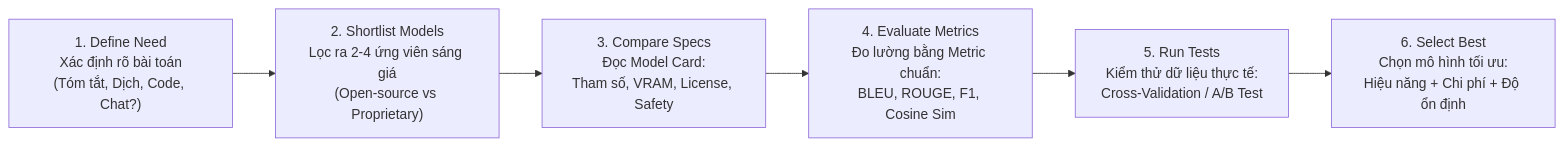
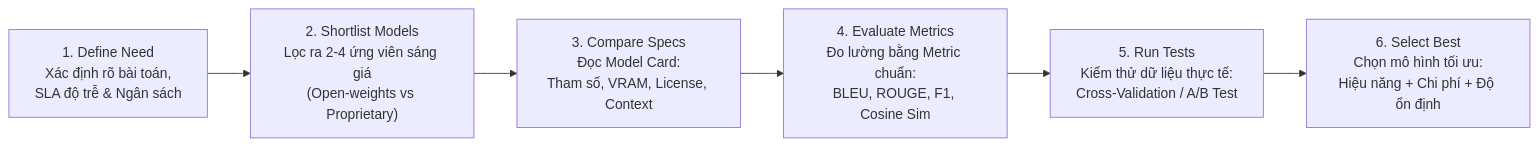
The first of 5 diagrams in Module_05_Model_Selection.md (nxthanh2904/nca-genl), drawn with Mermaid before and after one commit. The commit also changed other lines of this file and 11 other files, not shown here.

````diff
--- a/Module_05_Model_Selection.md
+++ b/Module_05_Model_Selection.md
@@ -13,11 +13,11 @@
 ```mermaid
 flowchart LR
-    S1["1. Define Need<br/>Xác định rõ bài toán<br/>(Tóm tắt, Dịch, Code, Chat?)"]
-    S2["2. Shortlist Models<br/>Lọc ra 2-4 ứng viên sáng giá<br/>(Open-source vs Proprietary)"]
-    S3["3. Compare Specs<br/>Đọc Model Card:<br/>Tham số, VRAM, License, Safety"]
+    S1["1. Define Need<br/>Xác định rõ bài toán,<br/>SLA độ trễ & Ngân sách"]
+    S2["2. Shortlist Models<br/>Lọc ra 2-4 ứng viên sáng giá<br/>(Open-weights vs Proprietary)"]
+    S3["3. Compare Specs<br/>Đọc Model Card:<br/>Tham số, VRAM, License, Context"]
     S4["4. Evaluate Metrics<br/>Đo lường bằng Metric chuẩn:<br/>BLEU, ROUGE, F1, Cosine Sim"]
     S5["5. Run Tests<br/>Kiểm thử dữ liệu thực tế:<br/>Cross-Validation / A/B Test"]
     S6["6. Select Best<br/>Chọn mô hình tối ưu:<br/>Hiệu năng + Chi phí + Độ ổn định"]
 
     S1 --> S2 --> S3 --> S4 --> S5 --> S6
 ```
````
